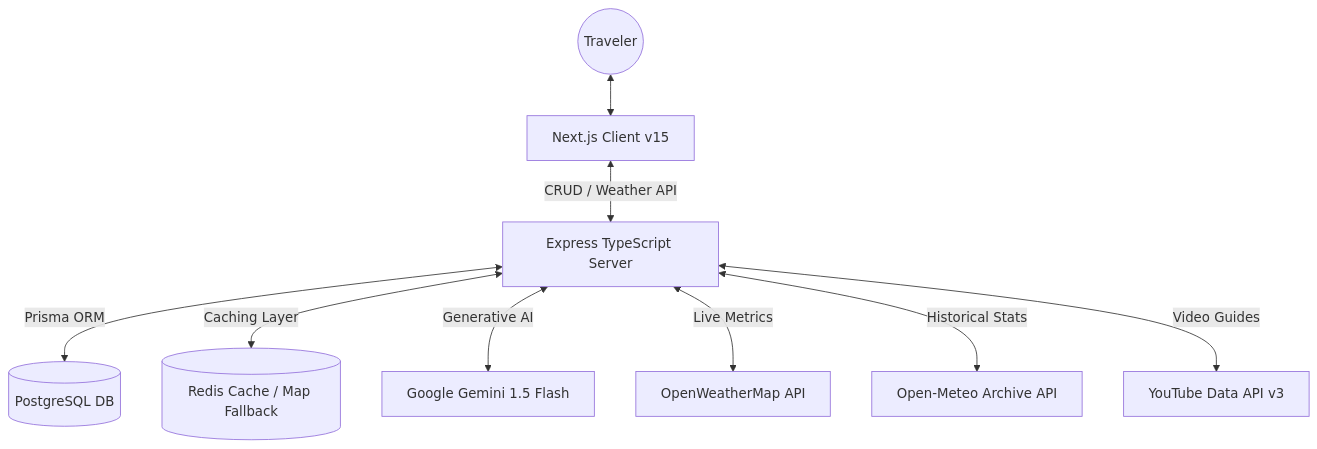
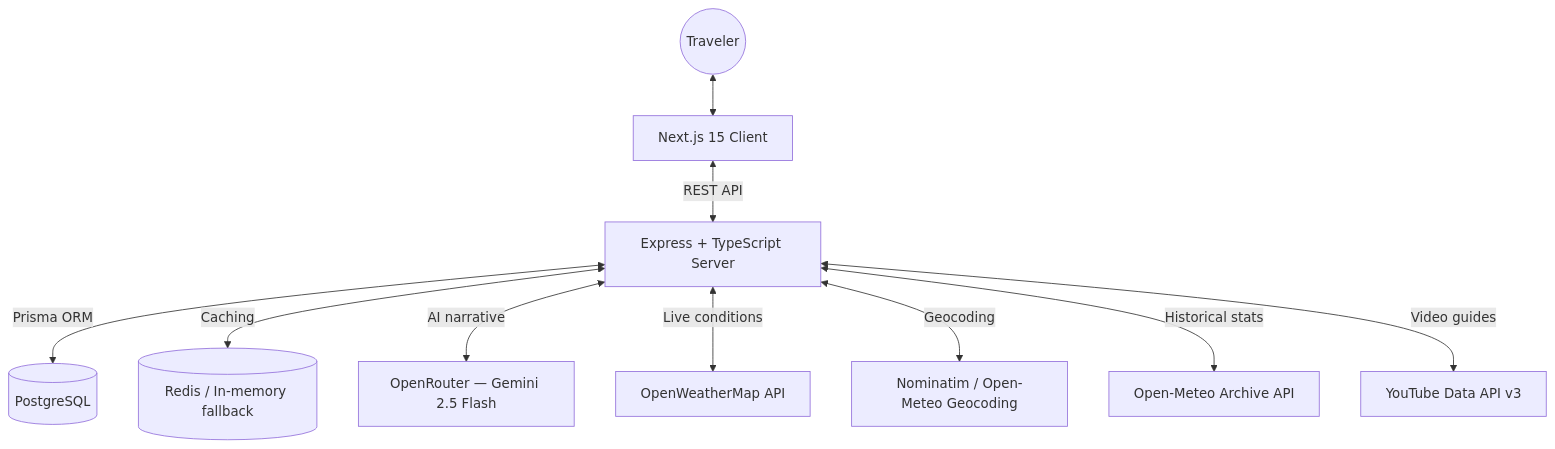
Before and after one commit to GunaTeja777/WeatherWise-AI-Full-Stack-Intelligent-Weather-Forecasting-Platform: the diagram in README.md, drawn with Mermaid. The commit also changed other lines of this file, not shown here.

````diff
--- a/README.md
+++ b/README.md
@@ -19,11 +39,12 @@
 ```mermaid
 graph TD
-  User((Traveler)) <--> NextJS[Next.js Client v15]
-  NextJS <-->|CRUD / Weather API| ExpressAPI[Express TypeScript Server]
-  ExpressAPI <-->|Prisma ORM| Postgres[(PostgreSQL DB)]
-  ExpressAPI <-->|Caching Layer| RedisCache[(Redis Cache / Map Fallback)]
-  ExpressAPI <-->|Generative AI| Gemini[Google Gemini 1.5 Flash]
-  ExpressAPI <-->|Live Metrics| OpenWeather[OpenWeatherMap API]
-  ExpressAPI <-->|Historical Stats| OpenMeteo[Open-Meteo Archive API]
-  ExpressAPI <-->|Video Guides| YouTube[YouTube Data API v3]
+  User((Traveler)) <--> NextJS[Next.js 15 Client]
+  NextJS <-->|REST API| ExpressAPI[Express + TypeScript Server]
+  ExpressAPI <-->|Prisma ORM| Postgres[(PostgreSQL)]
+  ExpressAPI <-->|Caching| RedisCache[(Redis / In-memory fallback)]
+  ExpressAPI <-->|AI narrative| OpenRouter[OpenRouter — Gemini 2.5 Flash]
+  ExpressAPI <-->|Live conditions| OpenWeather[OpenWeatherMap API]
+  ExpressAPI <-->|Geocoding| Nominatim[Nominatim / Open-Meteo Geocoding]
+  ExpressAPI <-->|Historical stats| OpenMeteo[Open-Meteo Archive API]
+  ExpressAPI <-->|Video guides| YouTube[YouTube Data API v3]
 ```
````
